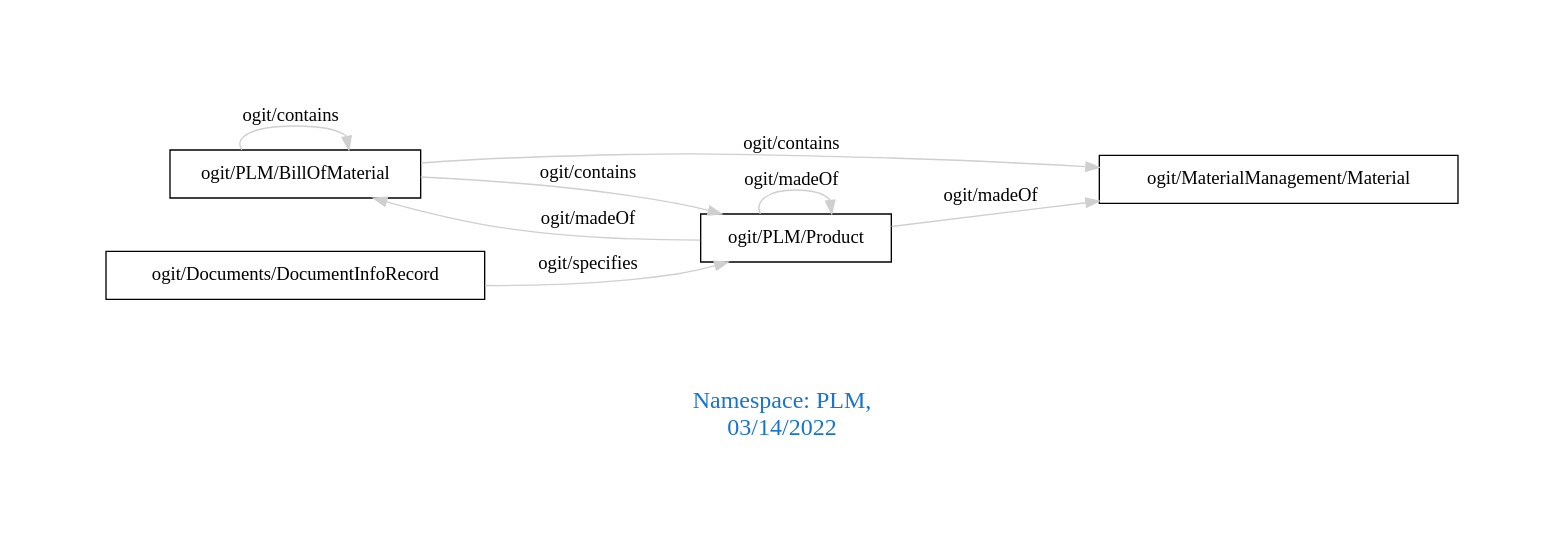
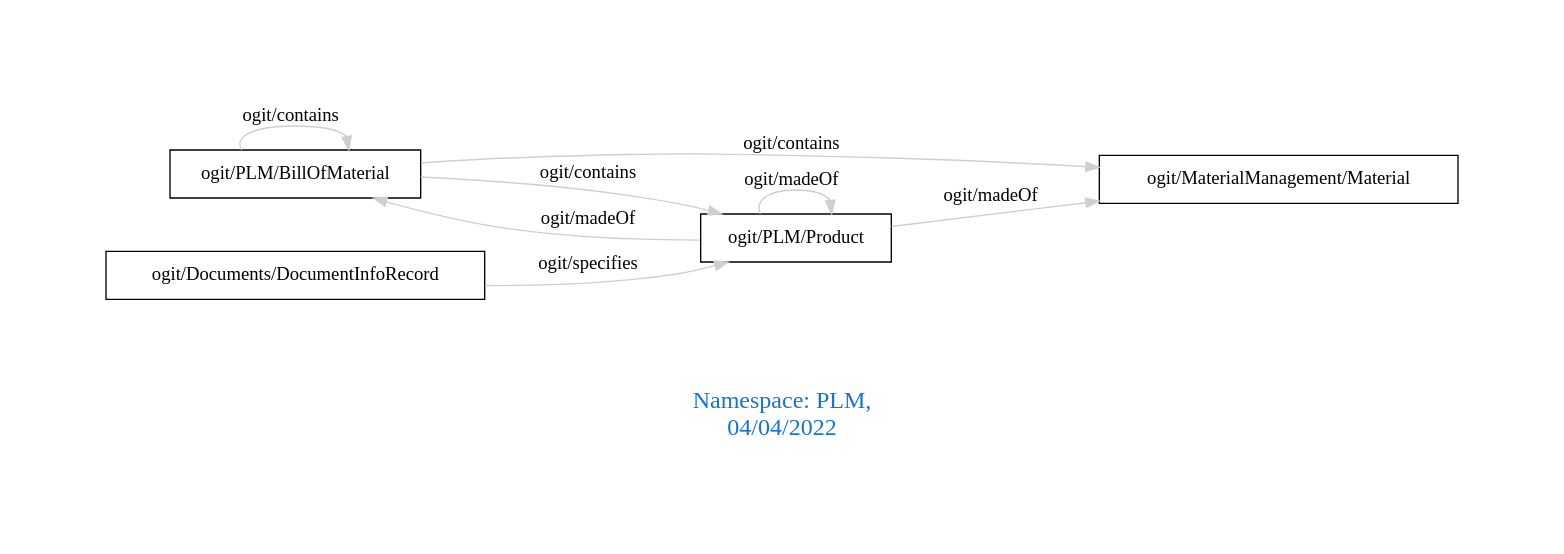
The diagram in downloads/PLM.dot (arago/OGIT), drawn with Graphviz before and after one commit. The commit also changed 1906 other files, not shown here.

```diff
--- a/downloads/PLM.dot
+++ b/downloads/PLM.dot
@@ -1,15 +1,15 @@
 digraph OGIT_ontology {
  graph [ rankdir= LR,pad=1 
 fontsize = 18,
-fontcolor= dodgerblue3,label = "\n\n\nNamespace: PLM, \n 03/14/2022"];
+fontcolor= dodgerblue3,label = "\n\n\nNamespace: PLM, \n 04/04/2022"];
 node[shape=polygon];
 edge [  color="gray81"];
 
    "ogit/PLM/BillOfMaterial" -> "ogit/PLM/Product" [label="   ogit/contains    "];
    "ogit/PLM/BillOfMaterial" -> "ogit/MaterialManagement/Material" [label="   ogit/contains    "];
    "ogit/Documents/DocumentInfoRecord" -> "ogit/PLM/Product" [label="   ogit/specifies    "];
    "ogit/PLM/Product" -> "ogit/PLM/BillOfMaterial" [label="   ogit/madeOf    "];
    "ogit/PLM/Product" -> "ogit/MaterialManagement/Material" [label="   ogit/madeOf    "];
    "ogit/PLM/BillOfMaterial" -> "ogit/PLM/BillOfMaterial" [label="   ogit/contains    "];
    "ogit/PLM/Product" -> "ogit/PLM/Product" [label="   ogit/madeOf    "];
 }
```
